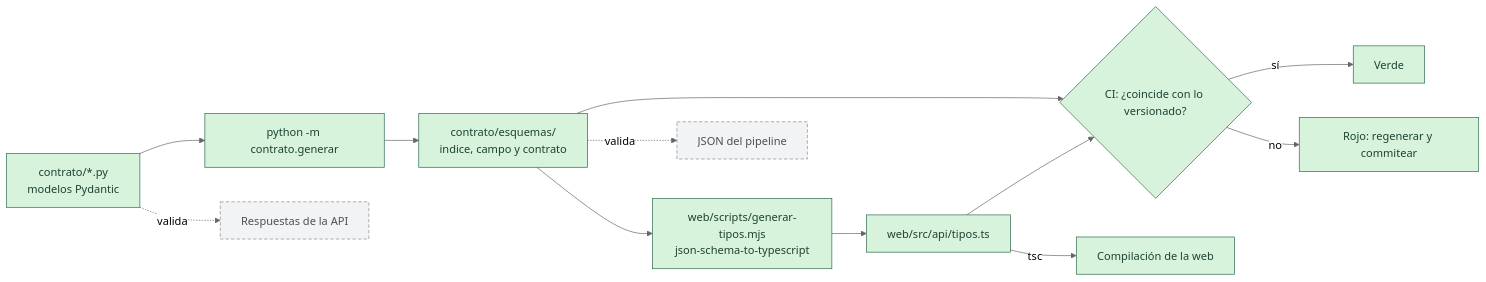
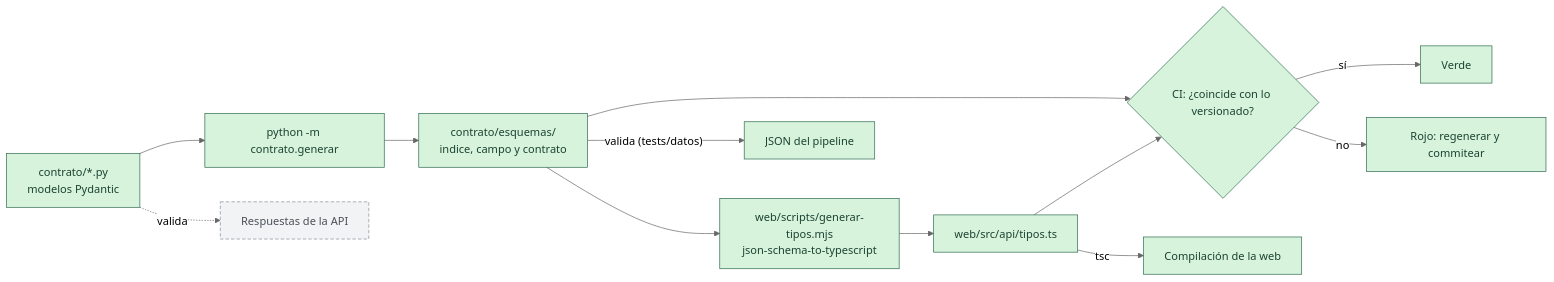
Before and after one commit to lautaromoreyraa/spherex-blink: the ninth of 10 diagrams in README.md, drawn with Mermaid (neutral theme). The commit also changed other lines of this file, not shown here.

First line of the commit message:
RNF-12: Reescribe el README con el pipeline de datos real

````diff
--- a/README.md
+++ b/README.md
@@ -537,26 +604,26 @@
 ```mermaid
 flowchart LR
     modelos["contrato/*.py<br/>modelos Pydantic"]:::hecho
     generar["python -m contrato.generar"]:::hecho
     schema["contrato/esquemas/<br/>indice, campo y contrato"]:::hecho
     j2ts["web/scripts/generar-tipos.mjs<br/>json-schema-to-typescript"]:::hecho
     tipos["web/src/api/tipos.ts"]:::hecho
     ci{"CI: ¿coincide con lo versionado?"}:::hecho
     ok["Verde"]:::hecho
     falla["Rojo: regenerar y commitear"]:::hecho
-    archivos["JSON del pipeline"]:::objetivo
+    archivos["JSON del pipeline"]:::hecho
     respuestas["Respuestas de la API"]:::objetivo
     web["Compilación de la web"]:::hecho
 
     modelos --> generar --> schema --> j2ts --> tipos
     schema --> ci
     tipos --> ci
     ci -- "sí" --> ok
     ci -- "no" --> falla
-    schema -. "valida" .-> archivos
+    schema -- "valida (tests/datos)" --> archivos
     modelos -. "valida" .-> respuestas
     tipos -- "tsc" --> web
 
     classDef hecho fill:#d8f3dc,stroke:#2d6a4f,color:#1b4332
     classDef objetivo fill:#f1f3f5,stroke:#868e96,stroke-dasharray:5 3,color:#495057
 ```
````
